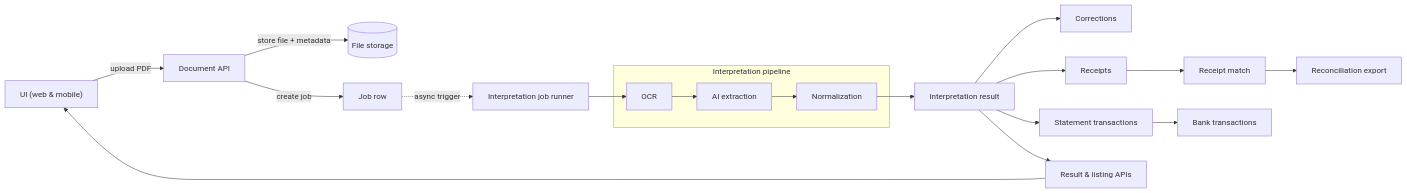
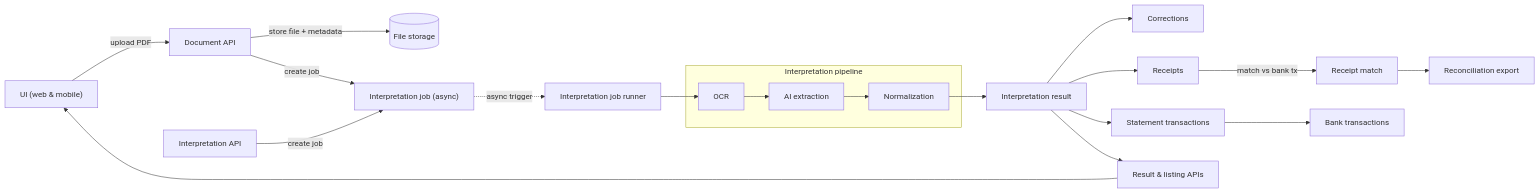
The diagram in ARCHITECTURE.md (Frankiestesting/pocketaccount), drawn with Mermaid before and after one commit.

Commit message:
Arch adjust

````diff
--- a/ARCHITECTURE.md
+++ b/ARCHITECTURE.md
@@ -128,40 +128,42 @@
 ```mermaid
 flowchart LR
   UI["UI (web & mobile)"]
   DOC["Document API"]
+  INTAPI["Interpretation API"]
   FS[(File storage)]
-  JQ["Job row"]
+  JQ["Interpretation job (async)"]
   RUN["Interpretation job runner"]
 
   subgraph PIPE["Interpretation pipeline"]
     OCR["OCR"]
     AI["AI extraction"]
     NORM["Normalization"]
   end
 
   RES["Interpretation result"]
   CORR["Corrections"]
   RECEIPT["Receipts"]
   STMT["Statement transactions"]
   MATCH["Receipt match"]
   BANK["Bank transactions"]
   RECON["Reconciliation export"]
   API["Result & listing APIs"]
 
   UI -->|"upload PDF"| DOC
   DOC -->|"store file + metadata"| FS
   DOC -->|"create job"| JQ
+  INTAPI -->|"create job"| JQ
   JQ -.->|"async trigger"| RUN
   RUN --> OCR
   OCR --> AI
   AI --> NORM
   NORM --> RES
   RES --> CORR
   RES --> RECEIPT
   RES --> STMT
-  RECEIPT --> MATCH
+  RECEIPT -->|"match vs bank tx"| MATCH
   STMT --> BANK
   MATCH --> RECON
   RES --> API
   API --> UI
 ```
````
